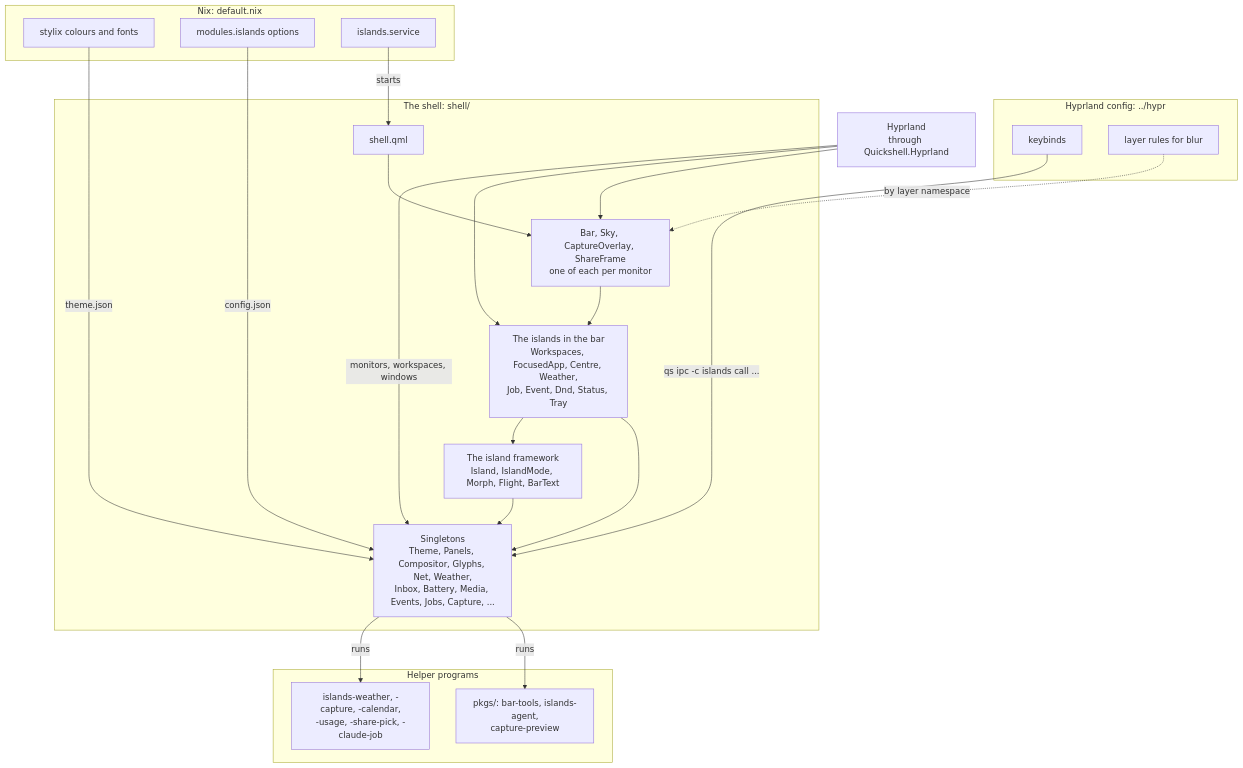
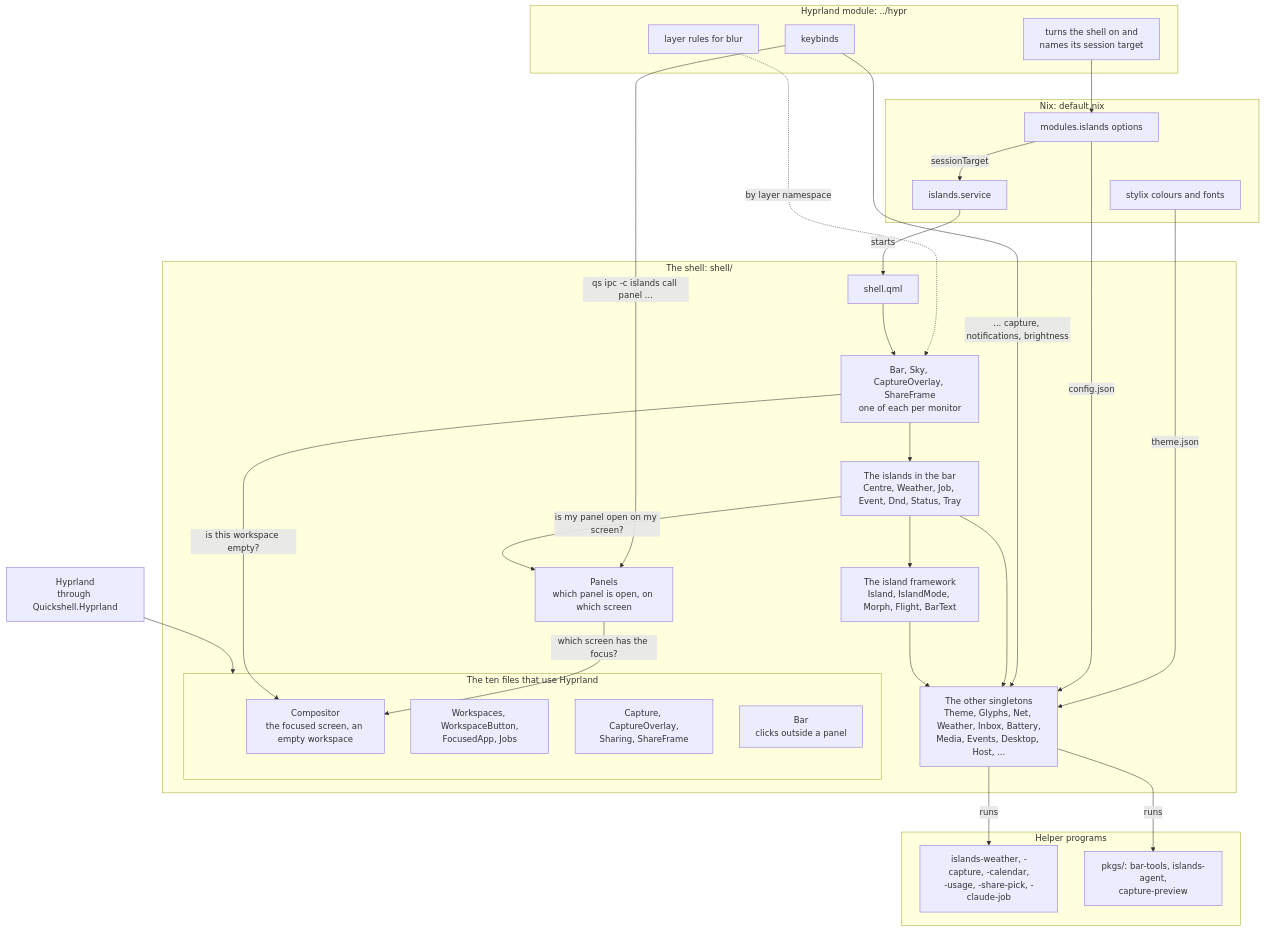
One commit to EricWardner/nix-config changed the first of 2 diagrams in modules/hm/wms/islands/README.md. Above: the diagram before and after it, drawn with Mermaid.

Commit message:
docs(islands): Redraw the map for the new seams
The first diagram still showed Hyprland reaching into every layer of
the shell. It now shows Panels on its own, the ten files that use
Hyprland as one group with Compositor among them, the two questions
that cross to it, and the Hyprland module turning the shell on and
naming its session target.

````diff
--- a/modules/hm/wms/islands/README.md
+++ b/modules/hm/wms/islands/README.md
@@ -14,44 +14,57 @@
 ```mermaid
 flowchart TB
   subgraph nix["Nix: default.nix"]
     stylix["stylix colours and fonts"]
     options["modules.islands options"]
     unit["islands.service"]
   end
 
-  subgraph hypr["Hyprland config: ../hypr"]
+  subgraph hypr["Hyprland module: ../hypr"]
+    tie["turns the shell on and<br/>names its session target"]
     binds["keybinds"]
     rules["layer rules for blur"]
   end
 
   subgraph shell["The shell: shell/"]
     root["shell.qml"]
     surfaces["Bar, Sky, CaptureOverlay, ShareFrame<br/>one of each per monitor"]
-    islands["The islands in the bar<br/>Workspaces, FocusedApp, Centre, Weather,<br/>Job, Event, Dnd, Status, Tray"]
+    islands["The islands in the bar<br/>Centre, Weather, Job, Event, Dnd, Status, Tray"]
     frame["The island framework<br/>Island, IslandMode, Morph, Flight, BarText"]
-    state["Singletons<br/>Theme, Panels, Compositor, Glyphs, Net, Weather,<br/>Inbox, Battery, Media, Events, Jobs, Capture, ..."]
+    panels["Panels<br/>which panel is open, on which screen"]
+    state["The other singletons<br/>Theme, Glyphs, Net, Weather, Inbox, Battery,<br/>Media, Events, Desktop, Host, ..."]
+
+    subgraph tied["The ten files that use Hyprland"]
+      seam["Compositor<br/>the focused screen, an empty workspace"]
+      wm["Workspaces, WorkspaceButton,<br/>FocusedApp, Jobs"]
+      capture["Capture, CaptureOverlay,<br/>Sharing, ShareFrame"]
+      grab["Bar<br/>clicks outside a panel"]
+    end
   end
 
   subgraph helpers["Helper programs"]
     scripts["islands-weather, -capture, -calendar,<br/>-usage, -share-pick, -claude-job"]
     pkgs["pkgs/: bar-tools, islands-agent,<br/>capture-preview"]
   end
 
   compositor["Hyprland<br/>through Quickshell.Hyprland"]
 
+  tie --> options
+  options -- "sessionTarget" --> unit
   stylix -- "theme.json" --> state
   options -- "config.json" --> state
   unit -- "starts" --> root
-  binds -- "qs ipc -c islands call ..." --> state
+  binds -- "qs ipc -c islands call panel ..." --> panels
+  binds -- "... capture, notifications, brightness" --> state
   rules -. "by layer namespace" .-> surfaces
   root --> surfaces
   surfaces --> islands
   islands --> frame
+  islands -- "is my panel open on my screen?" --> panels
   islands --> state
   frame --> state
+  panels -- "which screen has the focus?" --> seam
+  surfaces -- "is this workspace empty?" --> seam
   state -- "runs" --> scripts
   state -- "runs" --> pkgs
-  compositor -- "monitors, workspaces, windows" --> state
-  compositor --> islands
-  compositor --> surfaces
+  compositor --> tied
 ```
````
